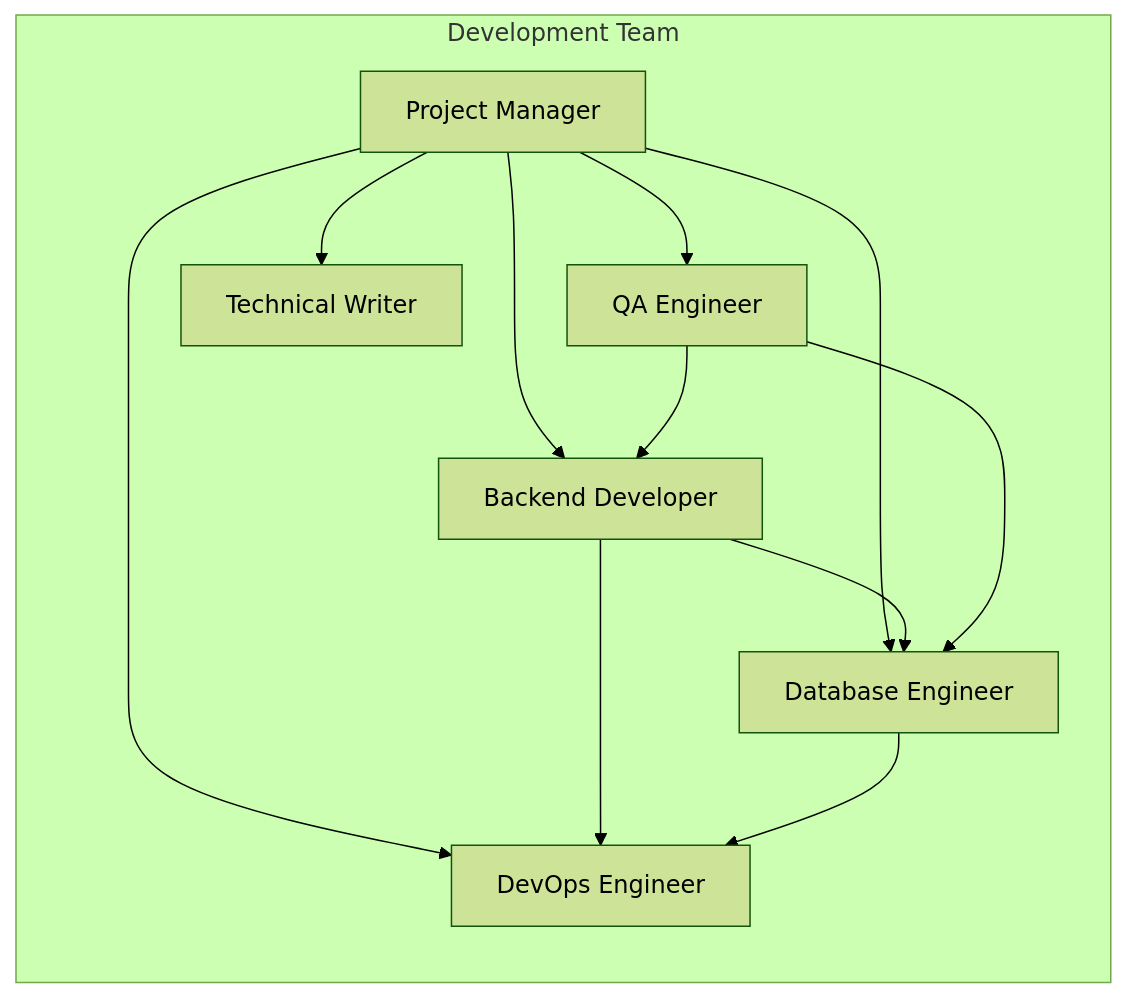
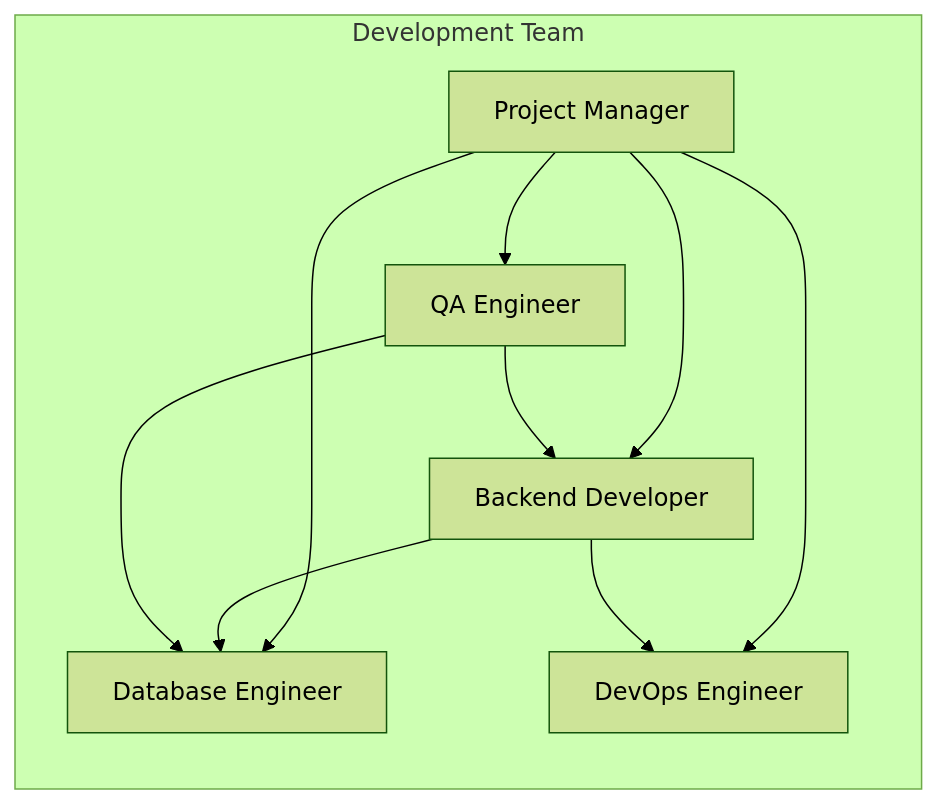
Before and after one commit to Dragon745/Content-Management-System: the fifth of 5 diagrams in ROADMAP.md, drawn with Mermaid (forest theme). The commit also changed other lines of this file and 1 other file, not shown here.

````diff
--- a/ROADMAP.md
+++ b/ROADMAP.md
@@ -773,22 +607,19 @@
 ```mermaid
 graph LR
     subgraph "Development Team"
         A[Project Manager]
         B[Backend Developer]
         C[Database Engineer]
         D[DevOps Engineer]
         E[QA Engineer]
-        F[Technical Writer]
     end
 
     A --> B
     A --> C
     A --> D
     A --> E
-    A --> F
     B --> C
     B --> D
-    C --> D
     E --> B
     E --> C
 ```
````
